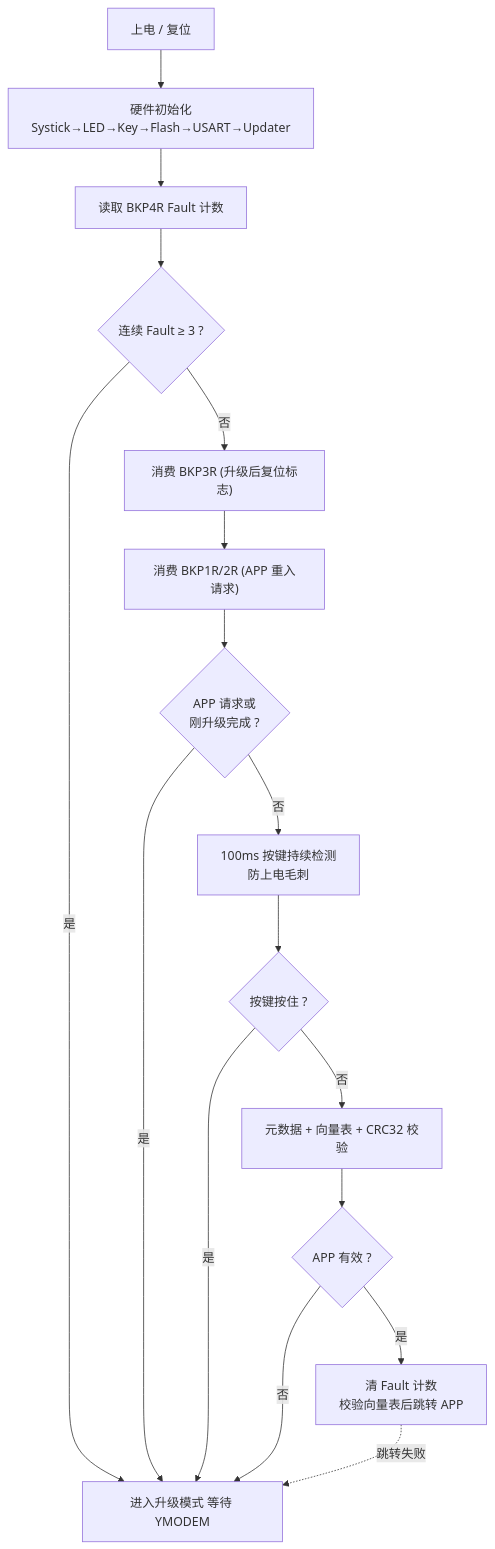
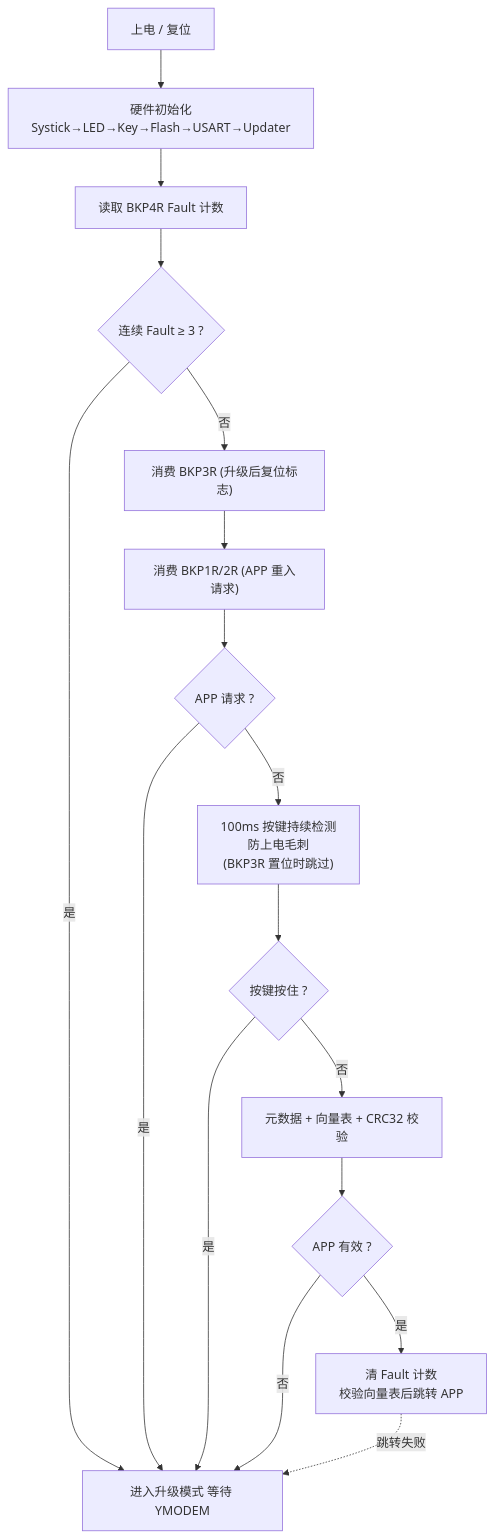
One commit to zyf0205/BootLoader changed the third of 8 diagrams in docs/架构详解.md. Above: the diagram before and after it, drawn with Mermaid. The commit also changed other lines of this file and 21 other files, not shown here.

````diff
--- a/docs/架构详解.md
+++ b/docs/架构详解.md
@@ -154,19 +155,19 @@
 ```mermaid
 flowchart TD
     A[上电 / 复位] --> B[硬件初始化<br/>Systick→LED→Key→Flash→USART→Updater]
     B --> C[读取 BKP4R Fault 计数]
     C --> D{连续 Fault ≥ 3 ?}
     D -- 是 --> R[进入升级模式 等待 YMODEM]
     D -- 否 --> E["消费 BKP3R (升级后复位标志)"]
     E --> F["消费 BKP1R/2R (APP 重入请求)"]
-    F --> G{APP 请求或<br/>刚升级完成 ?}
+    F --> G{APP 请求 ?}
     G -- 是 --> R
-    G -- 否 --> H[100ms 按键持续检测<br/>防上电毛刺]
+    G -- 否 --> H["100ms 按键持续检测<br/>防上电毛刺<br/>(BKP3R 置位时跳过)"]
     H --> I{按键按住 ?}
     I -- 是 --> R
     I -- 否 --> J[元数据 + 向量表 + CRC32 校验]
     J --> K{APP 有效 ?}
     K -- 否 --> R
     K -- 是 --> L[清 Fault 计数<br/>校验向量表后跳转 APP]
     L -. 跳转失败 .-> R
 ```
````
